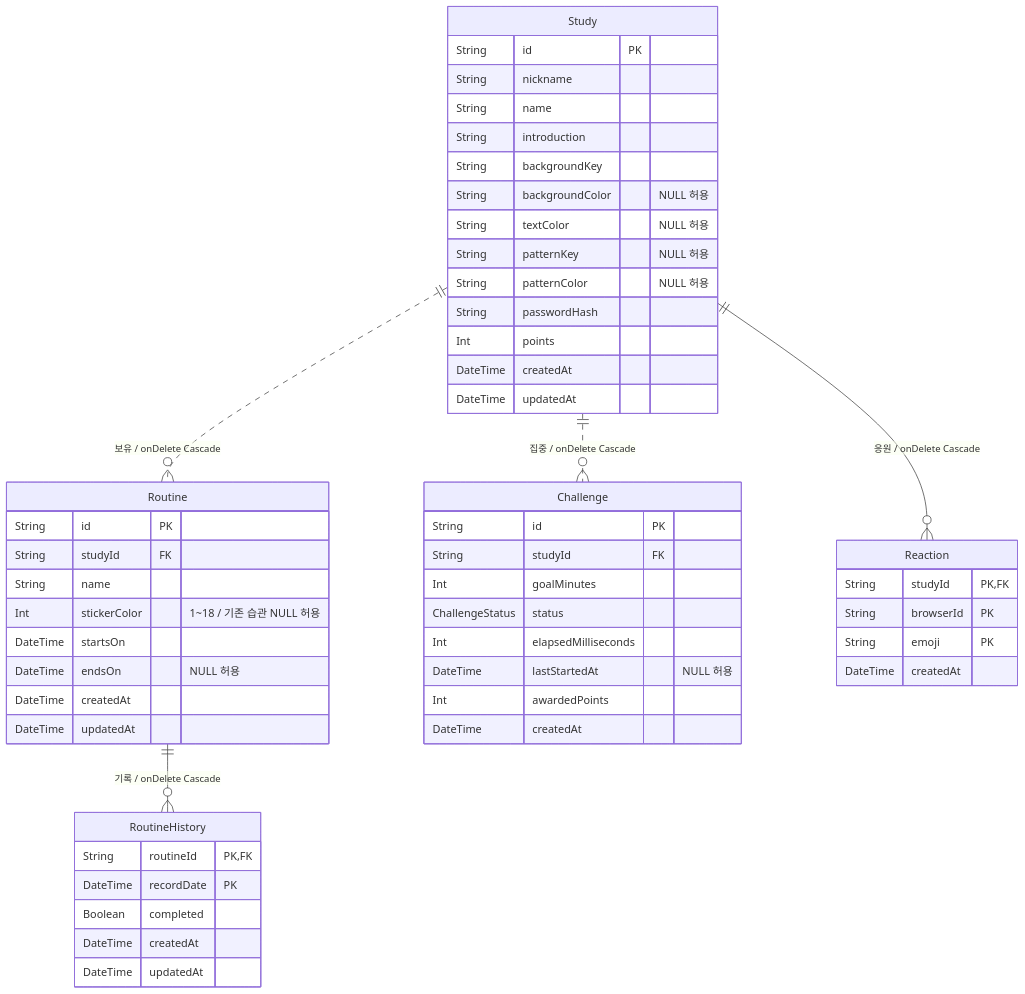
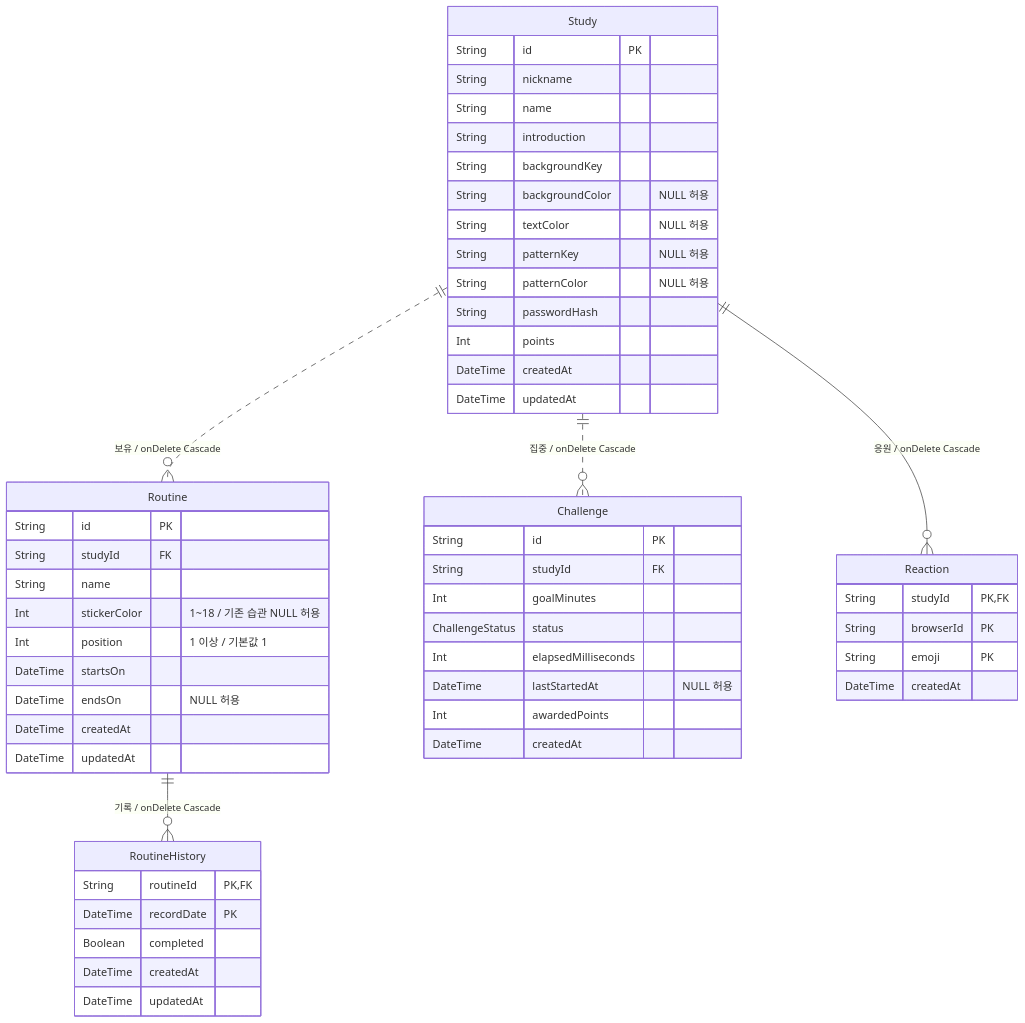
Before and after one commit to codeit-fs-16-part2-team1/forest-of-study: the first of 2 diagrams in docs/DB.md, drawn with Mermaid. The commit also changed other lines of this file and 7 other files, not shown here.

````diff
--- a/docs/DB.md
+++ b/docs/DB.md
@@ -41,55 +41,56 @@
 ```mermaid
 erDiagram
     Study ||..o{ Routine : "보유 / onDelete Cascade"
     Routine ||--o{ RoutineHistory : "기록 / onDelete Cascade"
     Study ||..o{ Challenge : "집중 / onDelete Cascade"
     Study ||--o{ Reaction : "응원 / onDelete Cascade"
     Study {
         String id PK
         String nickname
         String name
         String introduction
         String backgroundKey
         String backgroundColor "NULL 허용"
         String textColor "NULL 허용"
         String patternKey "NULL 허용"
         String patternColor "NULL 허용"
         String passwordHash
         Int points
         DateTime createdAt
         DateTime updatedAt
     }
     Routine {
         String id PK
         String studyId FK
         String name
         Int stickerColor "1~18 / 기존 습관 NULL 허용"
+        Int position "1 이상 / 기본값 1"
         DateTime startsOn
         DateTime endsOn "NULL 허용"
         DateTime createdAt
         DateTime updatedAt
     }
     RoutineHistory {
         String routineId PK,FK
         DateTime recordDate PK
         Boolean completed
         DateTime createdAt
         DateTime updatedAt
     }
     Challenge {
         String id PK
         String studyId FK
         Int goalMinutes
         ChallengeStatus status
         Int elapsedMilliseconds
         DateTime lastStartedAt "NULL 허용"
         Int awardedPoints
         DateTime createdAt
     }
     Reaction {
         String studyId PK,FK
         String browserId PK
         String emoji PK
         DateTime createdAt
     }
 ```
````
